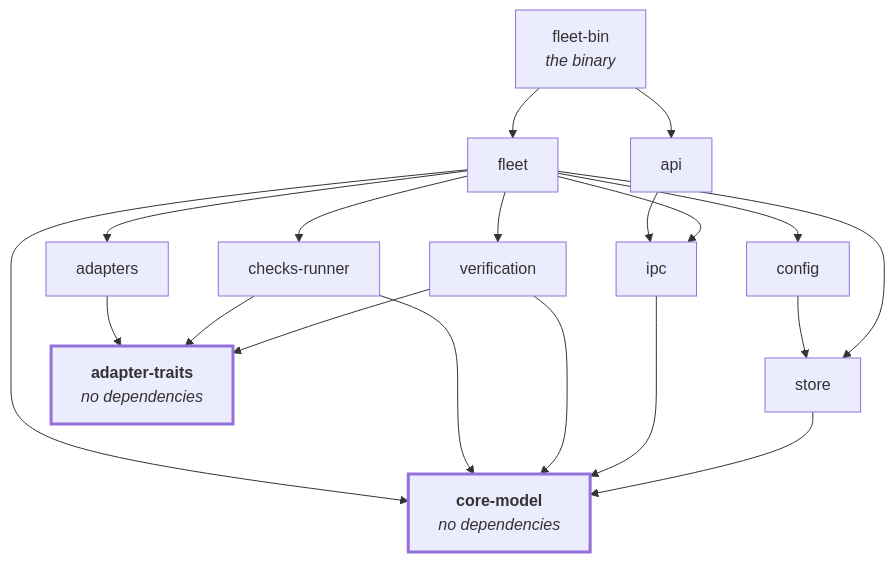
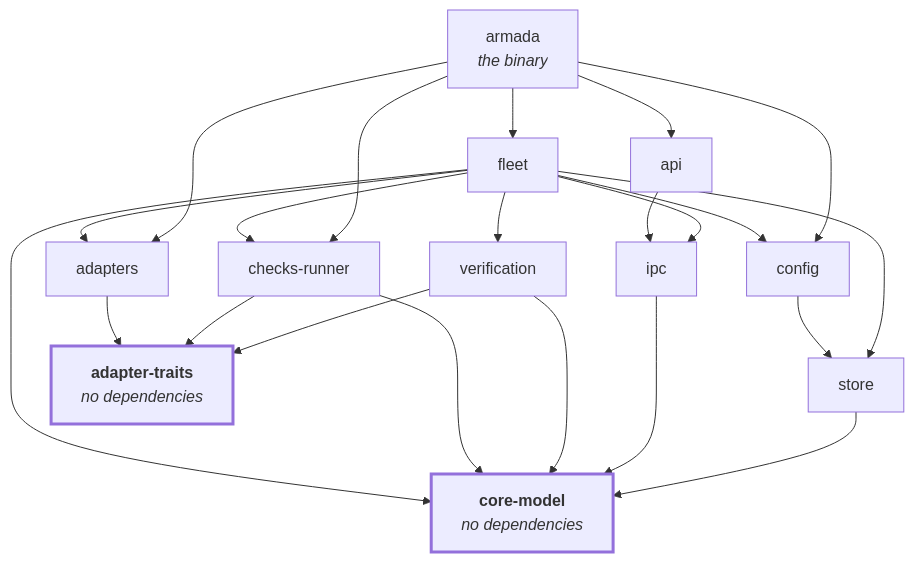
The second of 3 diagrams in ARCHITECTURE.md (NickMele/armada), drawn with Mermaid before and after one commit. The commit also changed other lines of this file and 3 other files, not shown here.

````diff
--- a/ARCHITECTURE.md
+++ b/ARCHITECTURE.md
@@ -62,26 +62,29 @@
 ```mermaid
 flowchart TD
-    bin["fleet-bin<br/><i>the binary</i>"] --> fleet
+    bin["armada<br/><i>the binary</i>"] --> fleet
     bin --> api
+    bin --> config
+    bin --> checks
+    bin --> adapters
     fleet --> store
     fleet --> config
     fleet --> ipc
     fleet --> verification
     fleet --> checks["checks-runner"]
     fleet --> adapters
     api --> ipc
     config --> store
     store --> cm
     ipc --> cm
     verification --> cm
     verification --> at
     checks --> cm
     checks --> at
     adapters --> at
     fleet --> cm
     cm["<b>core-model</b><br/><i>no dependencies</i>"]
     at["<b>adapter-traits</b><br/><i>no dependencies</i>"]
 
     style cm stroke-width:3px
     style at stroke-width:3px
 ```
````
